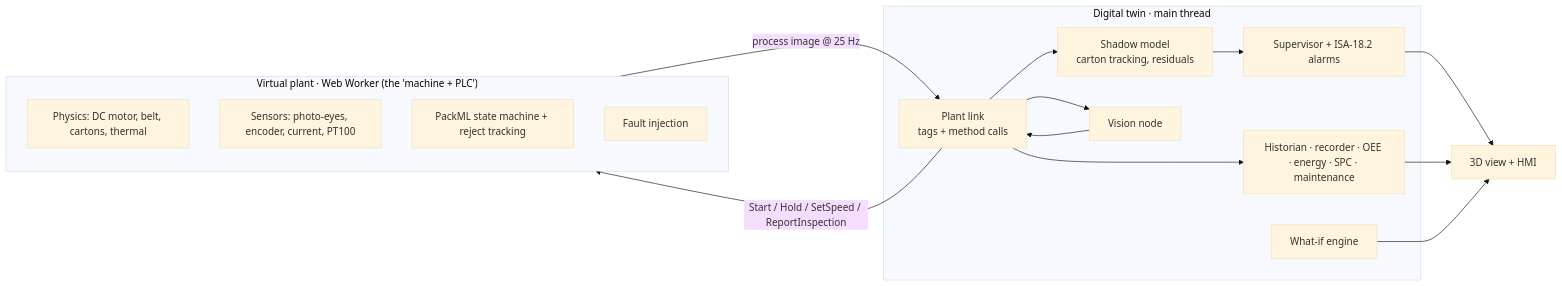
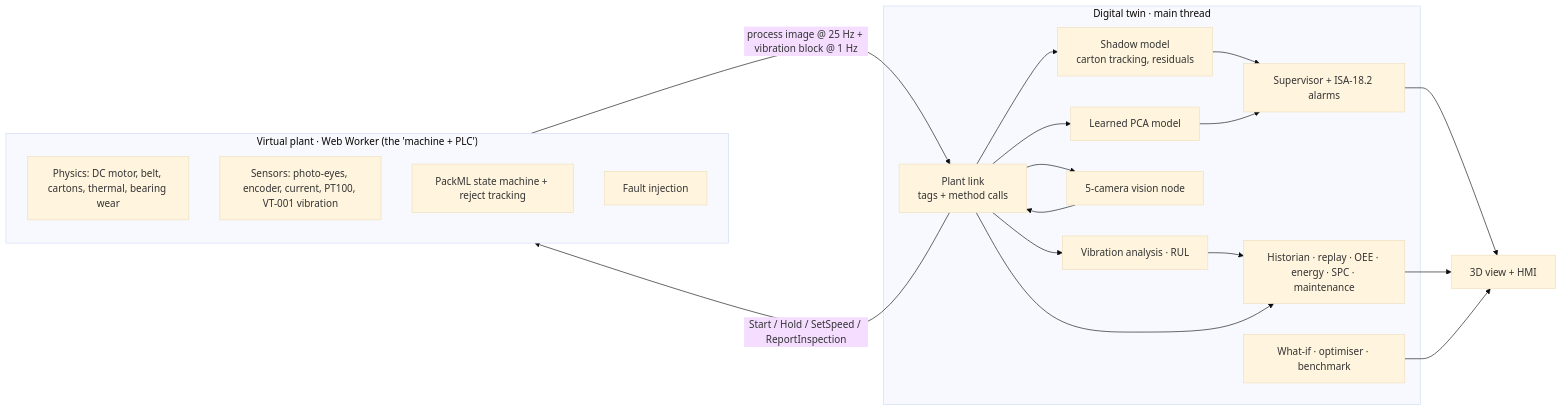
One commit to Organic42/conveyor-digital-twin changed the diagram in README.md. Above: the diagram before and after it, drawn with Mermaid (base theme). The commit also changed other lines of this file and 33 other files, not shown here.

First line of the commit message:
Vision tunnel, learned anomaly model, predictive maintenance, optimiser, benchmark

````diff
--- a/README.md
+++ b/README.md
@@ -79,24 +90,28 @@
 ```mermaid
 flowchart LR
   subgraph Plant["Virtual plant · Web Worker (the 'machine + PLC')"]
-    P1[Physics: DC motor, belt, cartons, thermal]
-    P2[Sensors: photo-eyes, encoder, current, PT100]
+    P1[Physics: DC motor, belt, cartons, thermal, bearing wear]
+    P2[Sensors: photo-eyes, encoder, current, PT100, VT-001 vibration]
     P3[PackML state machine + reject tracking]
     P4[Fault injection]
   end
   subgraph Twin["Digital twin · main thread"]
     L[Plant link<br/>tags + method calls]
     S[Shadow model<br/>carton tracking, residuals]
+    ML[Learned PCA model]
     A[Supervisor + ISA-18.2 alarms]
-    V[Vision node]
-    W[What-if engine]
-    H[Historian · recorder · OEE · energy · SPC · maintenance]
+    V[5-camera vision node]
+    PdM[Vibration analysis · RUL]
+    W[What-if · optimiser · benchmark]
+    H[Historian · replay · OEE · energy · SPC · maintenance]
   end
   UI[3D view + HMI]
-  Plant -- "process image @ 25 Hz" --> L
+  Plant -- "process image @ 25 Hz + vibration block @ 1 Hz" --> L
   L -- "Start / Hold / SetSpeed / ReportInspection" --> Plant
   L --> S --> A --> UI
+  L --> ML --> A
   L --> V --> L
+  L --> PdM --> H
   L --> H --> UI
   W --> UI
 ```
````
